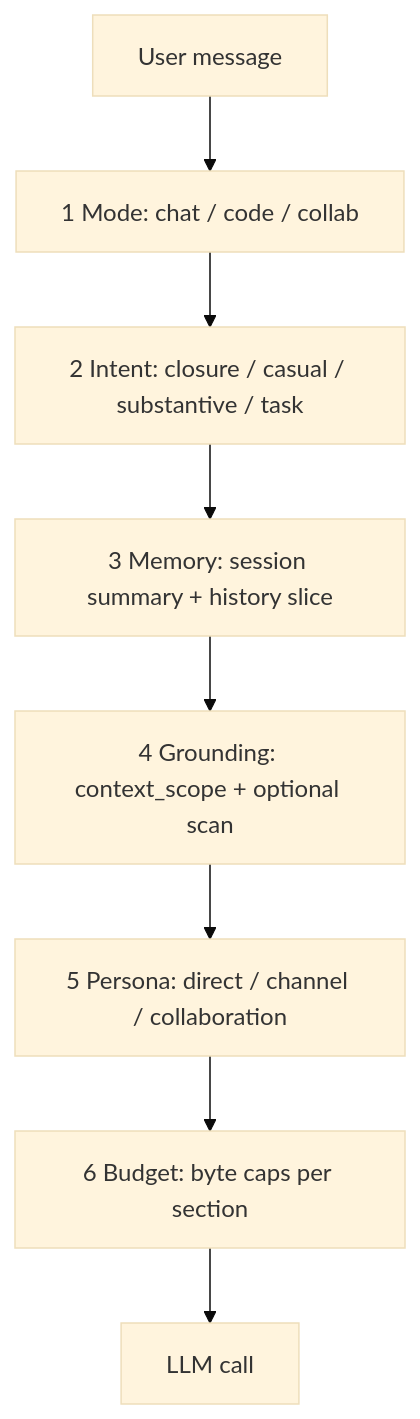
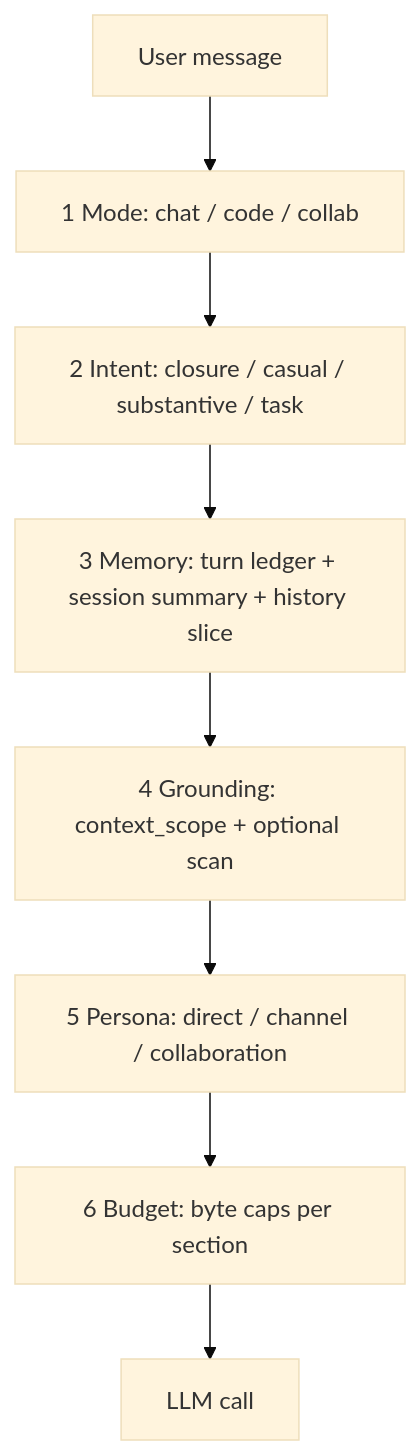
Before and after one commit to camronwood/neural-junkie: the diagram in docs/CONTEXT_MODEL.md, drawn with Mermaid (base theme). The commit also changed other lines of this file and 145 other files, not shown here.

````diff
--- a/docs/CONTEXT_MODEL.md
+++ b/docs/CONTEXT_MODEL.md
@@ -40,13 +40,13 @@
 ```mermaid
 flowchart TB
   userMsg[User message]
   mode[1 Mode: chat / code / collab]
   intent[2 Intent: closure / casual / substantive / task]
-  memory[3 Memory: session summary + history slice]
+  memory[3 Memory: turn ledger + session summary + history slice]
   grounding[4 Grounding: context_scope + optional scan]
   persona[5 Persona: direct / channel / collaboration]
   budget[6 Budget: byte caps per section]
   llm[LLM call]
 
   userMsg --> mode --> intent --> memory --> grounding --> persona --> budget --> llm
 ```
````
